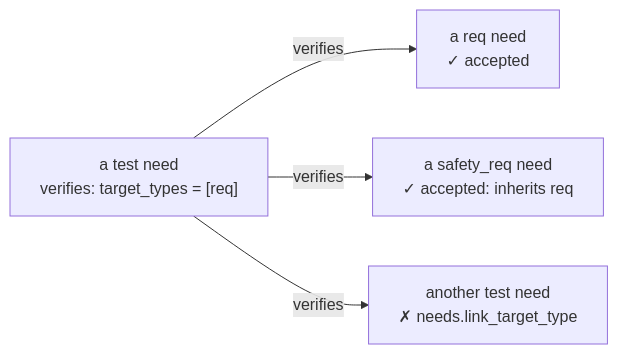
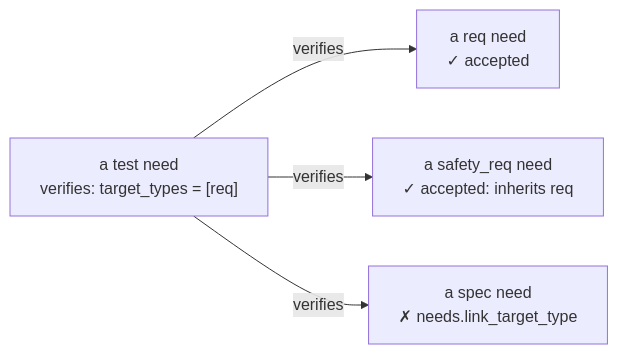
The third of 3 diagrams in packages/sphinx-needs/docs/need_types.rst (useblocks/sphinx-needs), drawn with Mermaid before and after one commit. The commit also changed other lines of this file and 6 other files, not shown here.

First line of the commit message:
📚 target_types docs: narrowing by example, inherits as is-a, the exemption as stated

```diff
--- a/packages/sphinx-needs/docs/need_types.rst
+++ b/packages/sphinx-needs/docs/need_types.rst
@@ -240,11 +247,11 @@
 .. mermaid::
-   :alt: a test's verifies links may point to a req, or a safety_req, which inherits req; a link to another test is reported
+   :alt: a test's verifies links may point to a req, or a safety_req, which inherits req; a link to a spec is reported
 
    flowchart LR
      test_type["a test need<br/>verifies: target_types = [req]"]
      req["a req need<br/>✓ accepted"]
      safety["a safety_req need<br/>✓ accepted: inherits req"]
-     other["another test need<br/>✗ needs.link_target_type"]
+     spec["a spec need<br/>✗ needs.link_target_type"]
      test_type -->|verifies| req
      test_type -->|verifies| safety
-     test_type -->|verifies| other
+     test_type -->|verifies| spec
```
